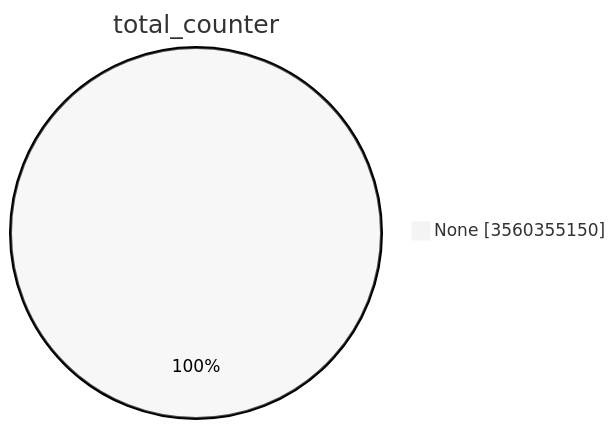
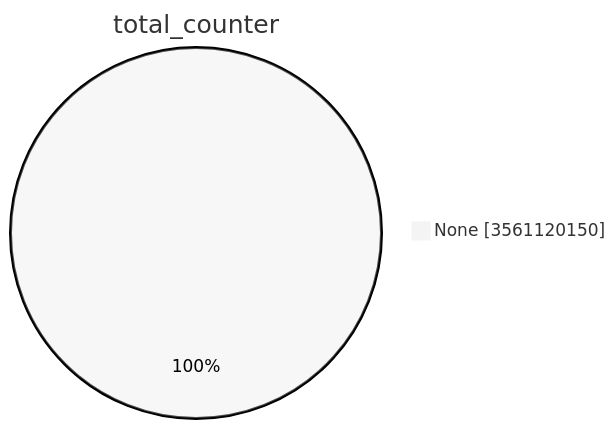
Before and after one commit to christiankrug/ctmonitor_visualization: the first of 15 diagrams in TOTAL/README.md, drawn with Mermaid (neutral theme). The commit also changed other lines of this file, not shown here.

````diff
--- a/TOTAL/README.md
+++ b/TOTAL/README.md
@@ -1,5 +1,5 @@
 ```mermaid
 pie showData
 title total_counter
-"None" :3560355150
+"None" :3561120150
 ```
````
